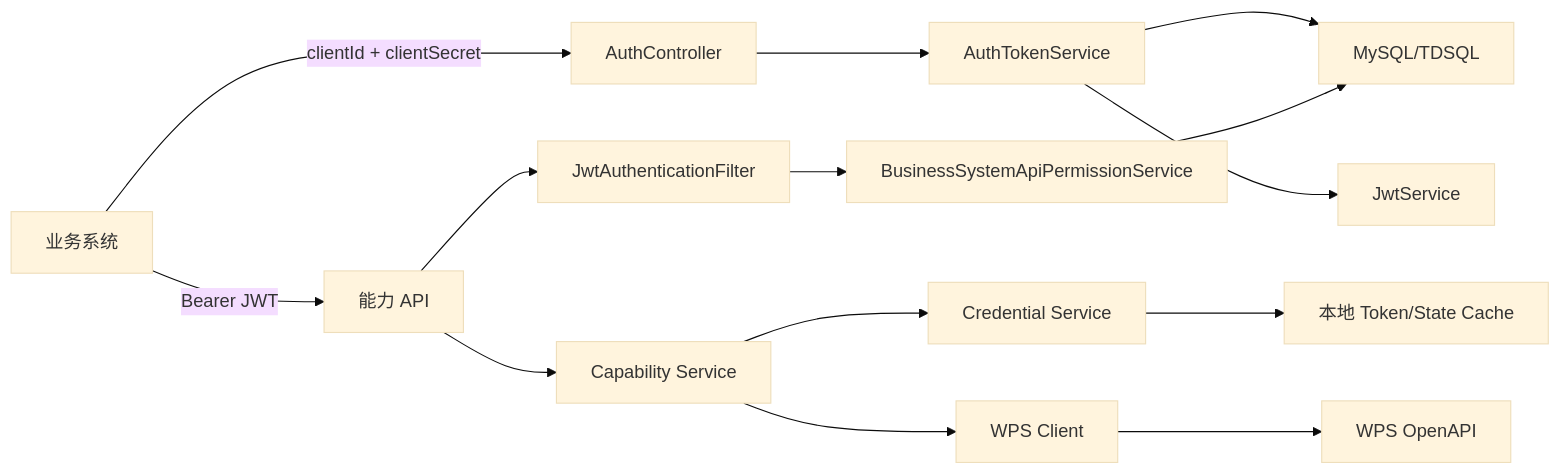
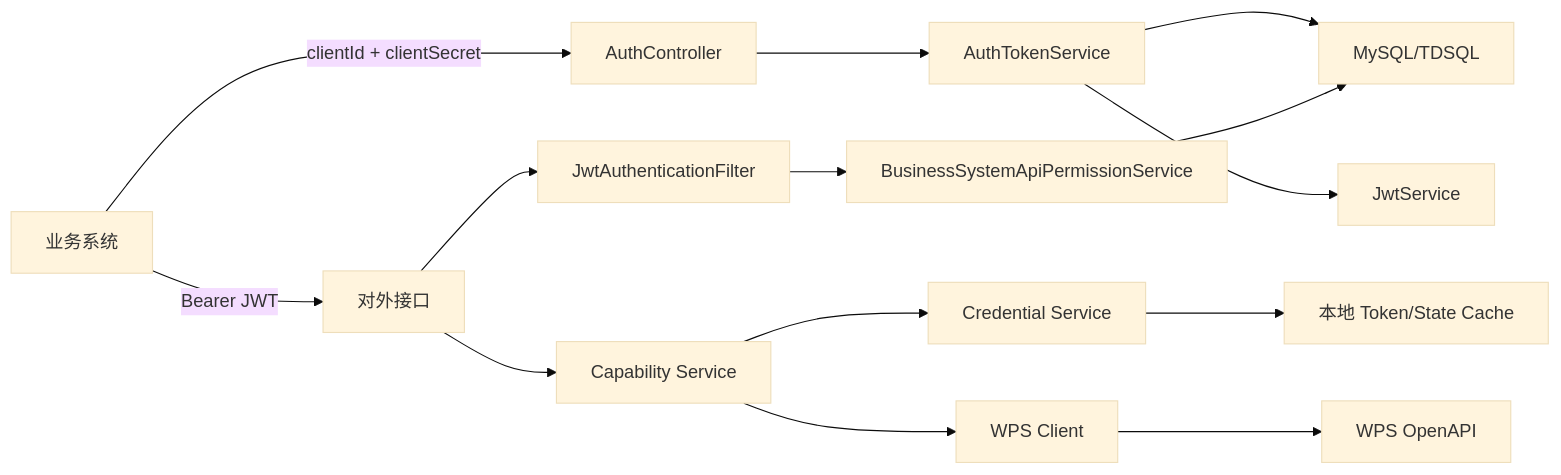
Before and after one commit to a1351995160/yungateway-minimal-token-wps: the diagram in docs/architecture-design.zh-CN.md, drawn with Mermaid (base theme). The commit also changed other lines of this file and 151 other files, not shown here.

````diff
--- a/docs/architecture-design.zh-CN.md
+++ b/docs/architecture-design.zh-CN.md
@@ -5,16 +5,16 @@
 ```mermaid
 flowchart LR
     Biz["业务系统"] -->|"clientId + clientSecret"| Auth["AuthController"]
     Auth --> AuthSvc["AuthTokenService"]
     AuthSvc --> DB["MySQL/TDSQL"]
     AuthSvc --> JWT["JwtService"]
-    Biz -->|"Bearer JWT"| Gateway["能力 API"]
+    Biz -->|"Bearer JWT"| Gateway["对外接口"]
     Gateway --> Filter["JwtAuthenticationFilter"]
     Filter --> Permission["BusinessSystemApiPermissionService"]
     Permission --> DB
     Gateway --> Capability["Capability Service"]
     Capability --> Credential["Credential Service"]
     Credential --> Cache["本地 Token/State Cache"]
     Capability --> WpsClient["WPS Client"]
     WpsClient --> WPS["WPS OpenAPI"]
 ```
````
